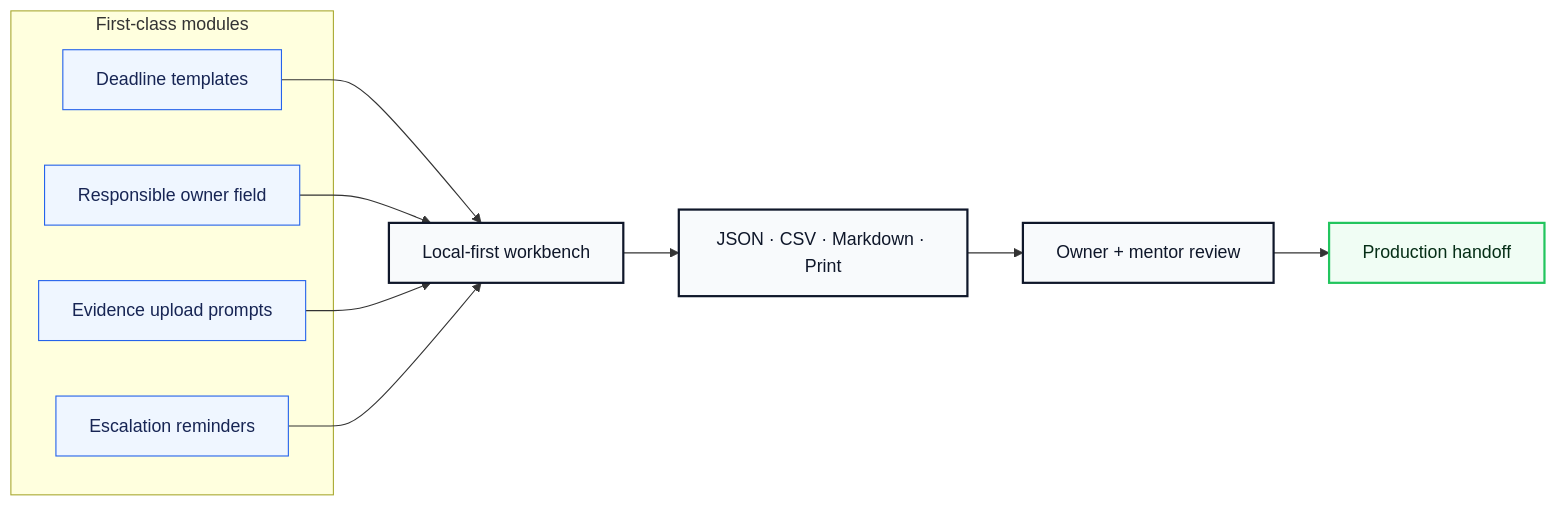
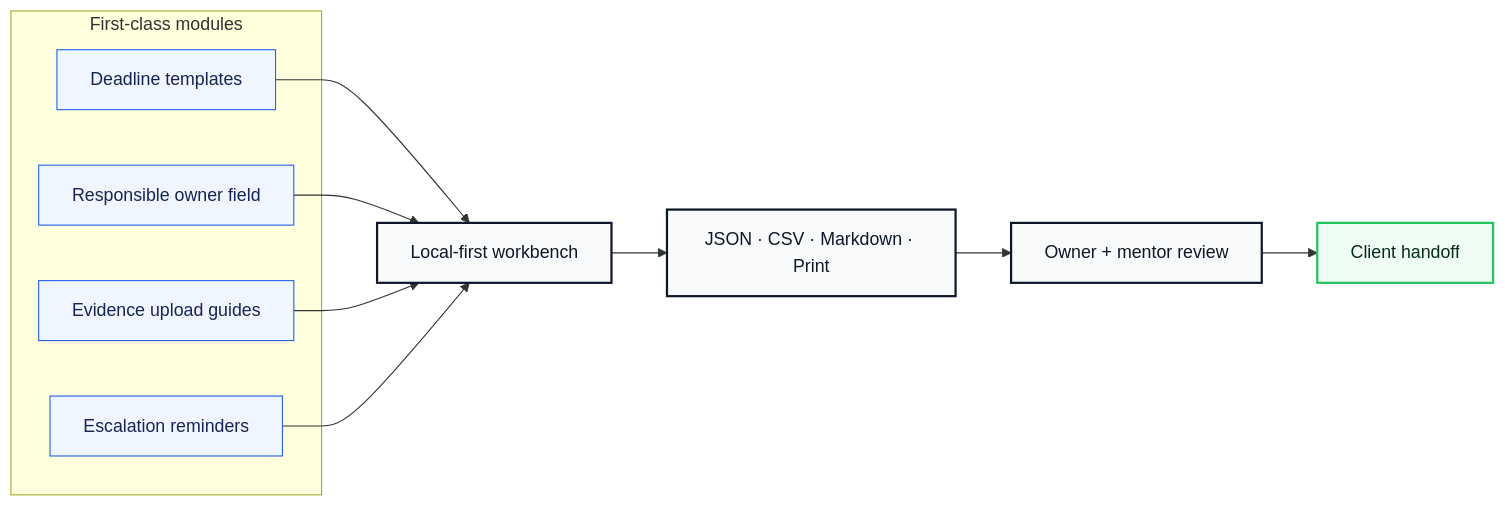
The second of 3 diagrams in README.md (volta-npo/compliance-calendar-lite), drawn with Mermaid before and after one commit. The commit also changed other lines of this file and 28 other files, not shown here.

````diff
--- a/README.md
+++ b/README.md
@@ -64,23 +64,23 @@
 ```mermaid
 flowchart LR
     subgraph Modules["First-class modules"]
         M1["Deadline templates"]
         M2["Responsible owner field"]
-        M3["Evidence upload prompts"]
+        M3["Evidence upload guides"]
         M4["Escalation reminders"]
     end
     M1 --> Workbench
     M2 --> Workbench
     M3 --> Workbench
     M4 --> Workbench
     Workbench["Local-first workbench"] --> Exports["JSON · CSV · Markdown · Print"]
     Exports --> Review["Owner + mentor review"]
-    Review --> Launch["Production handoff"]
+    Review --> Launch["Client handoff"]
 
     classDef module fill:#eff6ff,stroke:#2563eb,color:#172554;
     classDef app fill:#f8fafc,stroke:#0f172a,color:#0f172a,stroke-width:2px;
     classDef launch fill:#f0fdf4,stroke:#22c55e,color:#052e16,stroke-width:2px;
     class M1,M2,M3,M4 module;
     class Workbench,Exports,Review app;
     class Launch launch;
 ```
````
